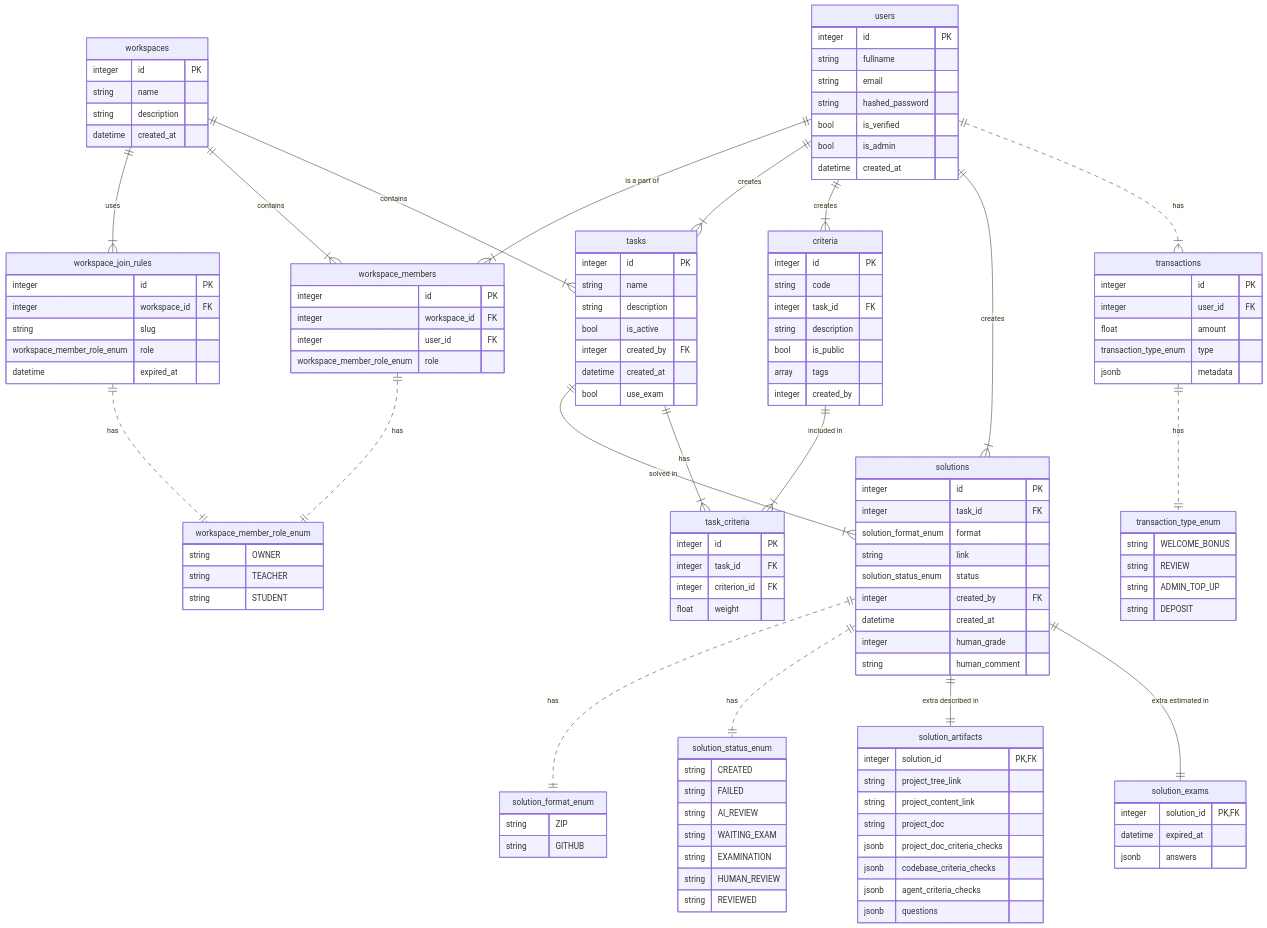
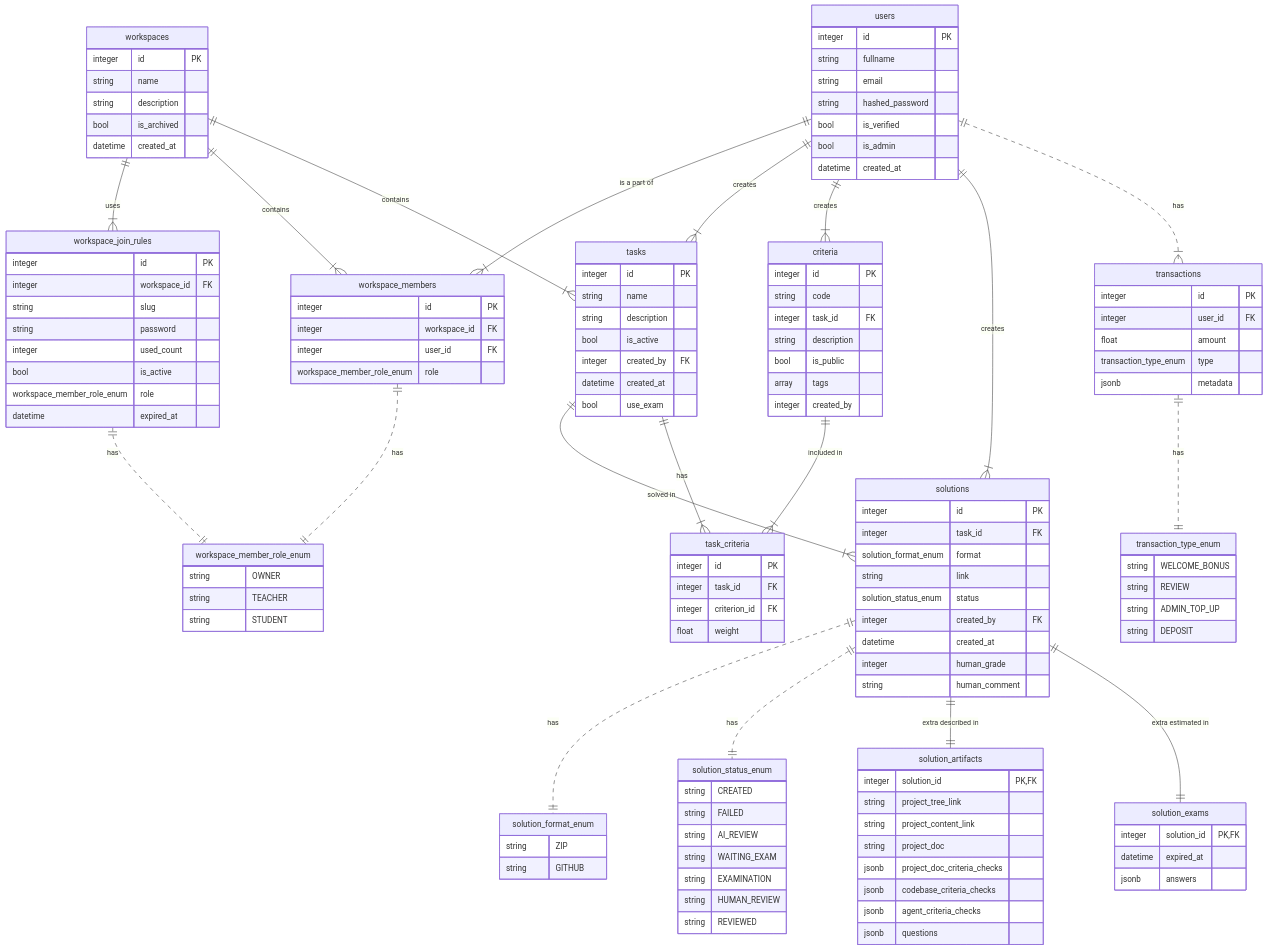
The diagram in docs/architecture/data_model.md (Daniil-Solo/AIReviewBackend), drawn with Mermaid before and after one commit. The commit also changed 43 other files, not shown here.

```diff
--- a/docs/architecture/data_model.md
+++ b/docs/architecture/data_model.md
@@ -16,6 +16,7 @@
         integer id PK
         string name
         string description
+        bool is_archived
         datetime created_at
     }
 
@@ -36,6 +37,9 @@
         integer id PK
         integer workspace_id FK
         string slug
+        string password
+        integer used_count
+        bool is_active
         workspace_member_role_enum role
         datetime expired_at
     }
```
